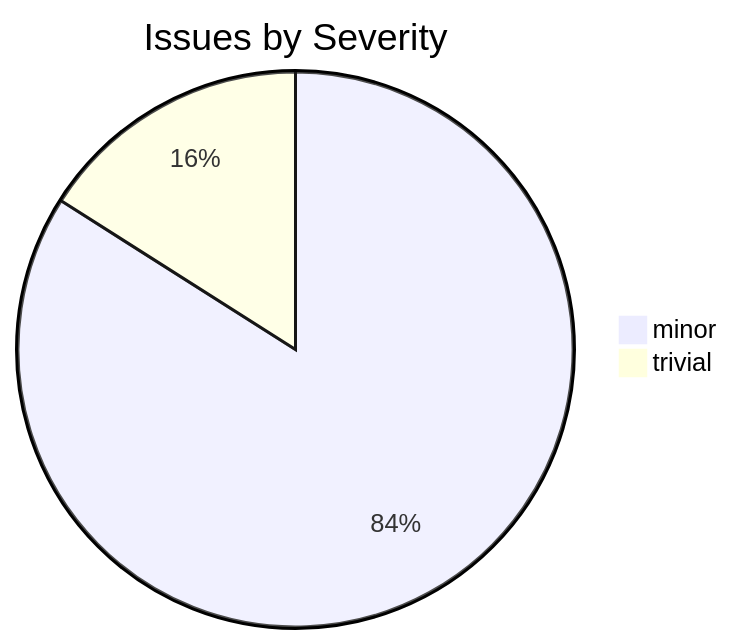
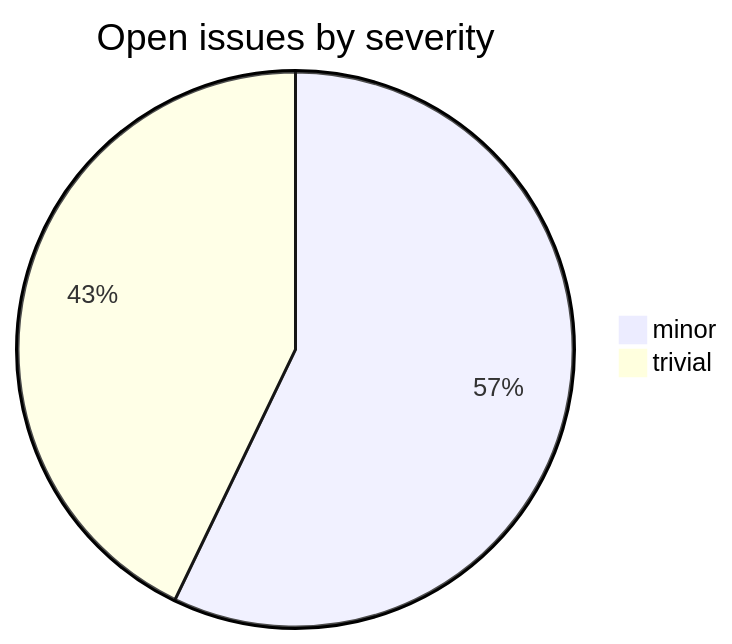
One commit to sanskrit-lexicon/csl-pywork changed the second of 2 diagrams in README.md. Above: the diagram before and after it, drawn with Mermaid. The commit also changed other lines of this file, not shown here.

````diff
--- a/README.md
+++ b/README.md
@@ -29,5 +39,5 @@
 ```mermaid
-pie title Issues by Severity
-    "minor" : 21
-    "trivial" : 4
+pie title Open issues by severity
+    "minor" : 4
+    "trivial" : 3
 ```
````
